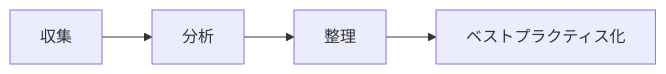
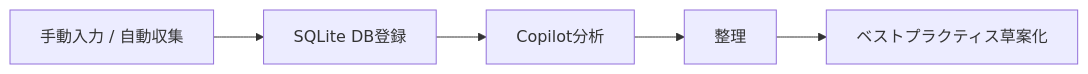
Before and after one commit to cocomomojo/knowhow-vault: the diagram in README.md, drawn with Mermaid. The commit also changed other lines of this file and 18 other files, not shown here.

````diff
--- a/README.md
+++ b/README.md
@@ -14,6 +16,7 @@
 ```mermaid
 flowchart LR
-  A[収集] --> B[分析]
-  B --> C[整理]
-  C --> D[ベストプラクティス化]
+  A[手動入力 / 自動収集] --> B[SQLite DB登録]
+  B --> C[Copilot分析]
+  C --> D[整理]
+  D --> E[ベストプラクティス草案化]
 ```
````
